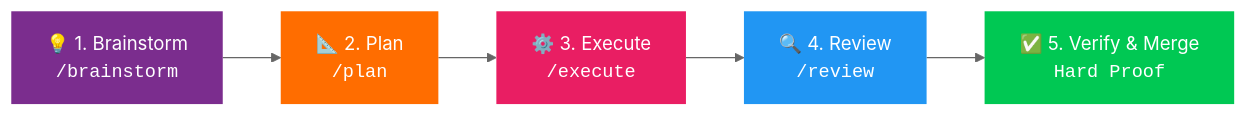
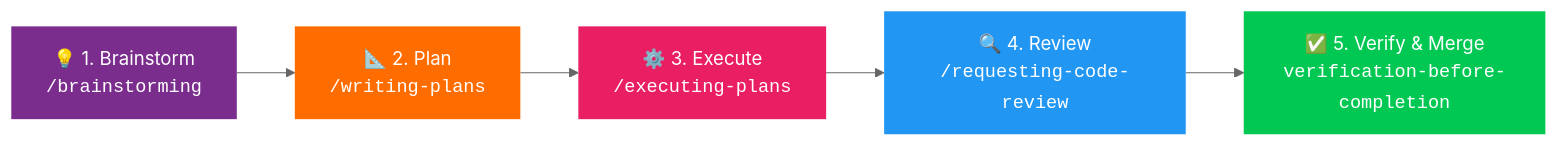
The diagram in README.md (SriSatyaLokesh/superpowers-for-antigravity), drawn with Mermaid (neutral theme) before and after one commit. The commit also changed other lines of this file and 264 other files, not shown here.

````diff
--- a/README.md
+++ b/README.md
@@ -185,13 +211,13 @@
 ```mermaid
 flowchart LR
-    A["💡 1. Brainstorm<br/><code>/brainstorm</code>"] --> B["📐 2. Plan<br/><code>/plan</code>"]
-    B --> C["⚙️ 3. Execute<br/><code>/execute</code>"]
-    C --> D["🔍 4. Review<br/><code>/review</code>"]
-    D --> E["✅ 5. Verify & Merge<br/><code>Hard Proof</code>"]
-    
+    A["💡 1. Brainstorm<br/><code>/brainstorming</code>"] --> B["📐 2. Plan<br/><code>/writing-plans</code>"]
+    B --> C["⚙️ 3. Execute<br/><code>/executing-plans</code>"]
+    C --> D["🔍 4. Review<br/><code>/requesting-code-review</code>"]
+    D --> E["✅ 5. Verify & Merge<br/><code>verification-before-completion</code>"]
+
     style A fill:#7B2D8E,color:#fff,stroke:none
     style B fill:#FF6D00,color:#fff,stroke:none
     style C fill:#E91E63,color:#fff,stroke:none
     style D fill:#2196F3,color:#fff,stroke:none
     style E fill:#00C853,color:#fff,stroke:none
 ```
````
